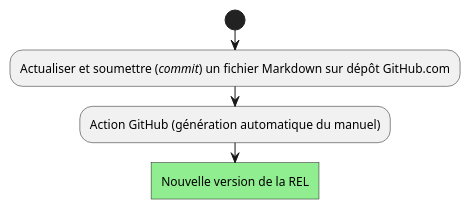
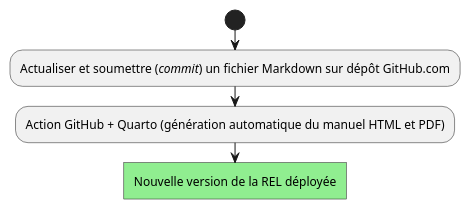
One commit to fuhrmanator/log210-ndc-quarto changed the fourth of 4 diagrams in presentations/vitrine-rel/open-source-tools-fabriqueREL2023.qmd. Above: the diagram before and after it, drawn with PlantUML. The commit also changed other lines of this file and 4 other files, not shown here.

````diff
--- a/presentations/vitrine-rel/open-source-tools-fabriqueREL2023.qmd
+++ b/presentations/vitrine-rel/open-source-tools-fabriqueREL2023.qmd
@@ -263,7 +268,7 @@
 ```{.plantuml}
 skinparam backgroundcolor transparent
 start
 :Actualiser et soumettre (//commit//) un fichier Markdown sur dépôt GitHub.com;
-:Action GitHub (génération automatique du manuel);
-#lightgreen:Nouvelle version de la REL]
+:Action GitHub + Quarto (génération automatique du manuel HTML et PDF);
+#lightgreen:Nouvelle version de la REL déployée]
 ```
````
